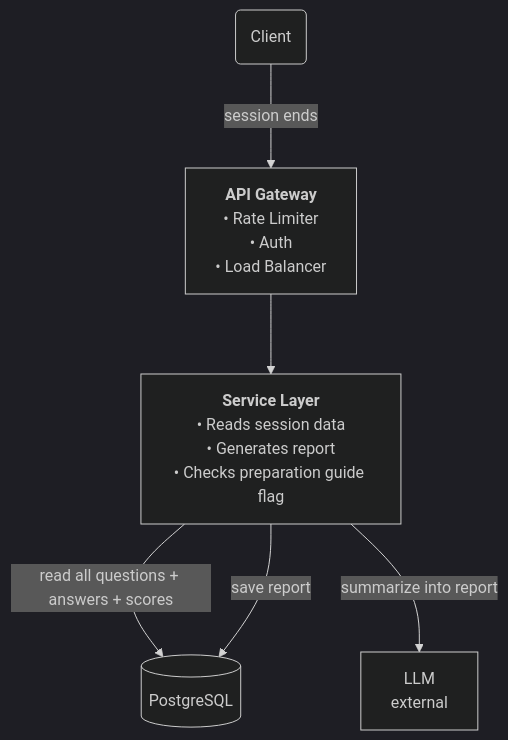
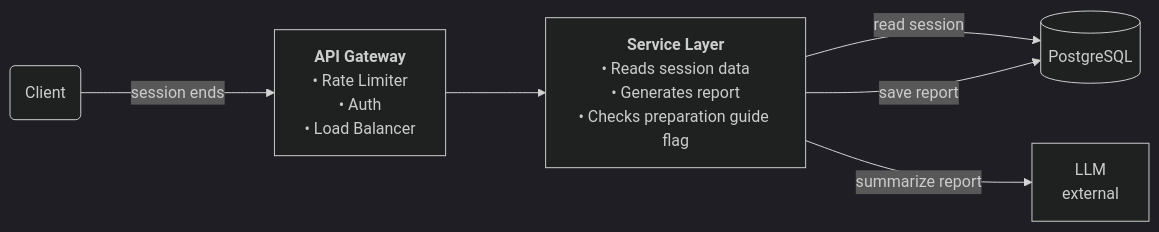
The fourth of 4 diagrams in SYSTEM_DESIGN.md (shivam-tamboli/GrillMyProject), drawn with Mermaid (dark theme) before and after one commit. The commit also changed other lines of this file, not shown here.

Commit message:
fix all diagrams — LR direction, one way flow, clean spacing

````diff
--- a/SYSTEM_DESIGN.md
+++ b/SYSTEM_DESIGN.md
@@ -426,15 +426,15 @@
 ```mermaid
-%%{init: {'flowchart': {'nodeSpacing': 50, 'rankSpacing': 80}}}%%
-flowchart TD
+%%{init: {'flowchart': {'nodeSpacing': 60, 'rankSpacing': 100}}}%%
+flowchart LR
     Client(Client)
     GW["<b>API Gateway</b><br/>• Rate Limiter<br/>• Auth<br/>• Load Balancer"]
     SVC["<b>Service Layer</b><br/>• Reads session data<br/>• Generates report<br/>• Checks preparation guide flag"]
     LLM["LLM<br/>external"]
     PG[(PostgreSQL)]
 
     Client -->|session ends| GW
     GW --> SVC
-    SVC -->|read all questions + answers + scores| PG
-    SVC -->|summarize into report| LLM
+    SVC -->|read session| PG
+    SVC -->|summarize report| LLM
     SVC -->|save report| PG
 ```
````
